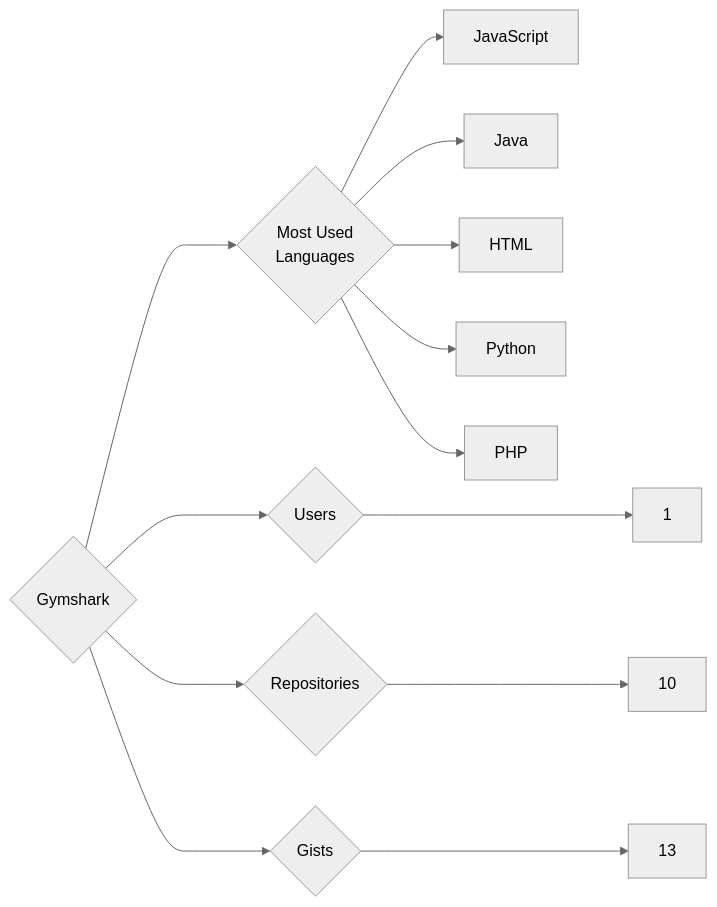
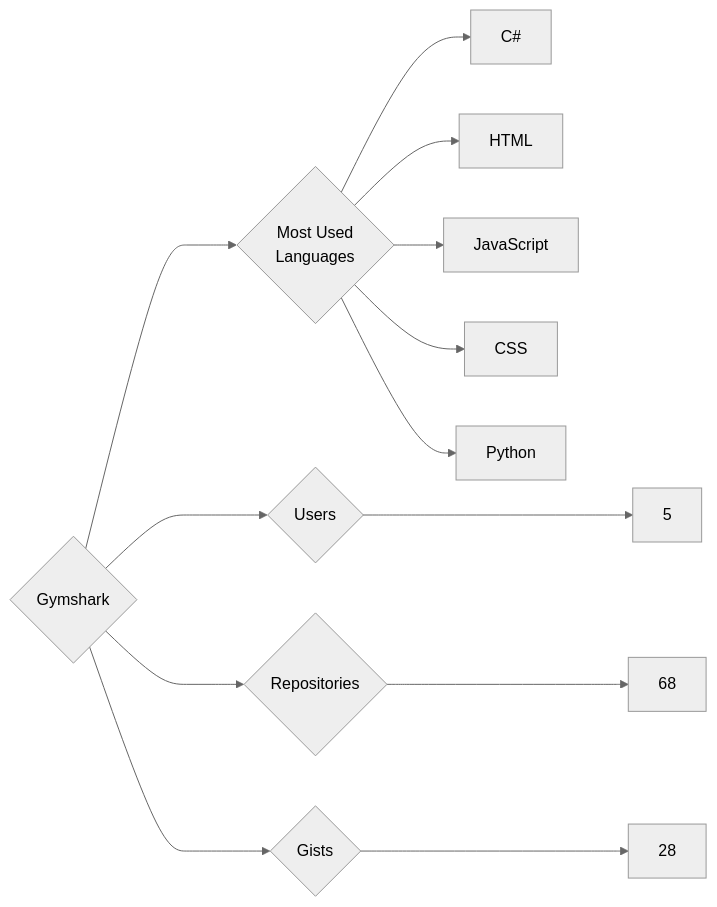
One commit to trickest/insiders changed the diagram in targets/Gymshark/README.md. Above: the diagram before and after it, drawn with Mermaid (neutral theme). The commit also changed 859 other files, not shown here.

````diff
--- a/targets/Gymshark/README.md
+++ b/targets/Gymshark/README.md
@@ -3,13 +3,13 @@
 ```mermaid
 graph LR
 COMPANY_NAME{Gymshark}
-COMPANY_NAME ---> U{Users} ---> UN[1]
-COMPANY_NAME ---> R{Repositories} ---> RN[10]
-COMPANY_NAME ---> G{Gists} ---> GN[13]
+COMPANY_NAME ---> U{Users} ---> UN[5]
+COMPANY_NAME ---> R{Repositories} ---> RN[68]
+COMPANY_NAME ---> G{Gists} ---> GN[28]
 COMPANY_NAME ---> ML{Most Used<br>Languages}
+ML --> C#[C#]
+ML --> HTML[HTML]
 ML --> JavaScript[JavaScript]
-ML --> Java[Java]
-ML --> HTML[HTML]
+ML --> CSS[CSS]
 ML --> Python[Python]
-ML --> PHP[PHP]
 ```
````
